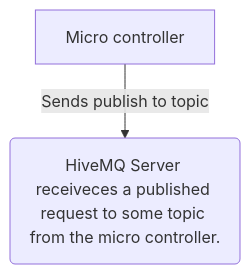
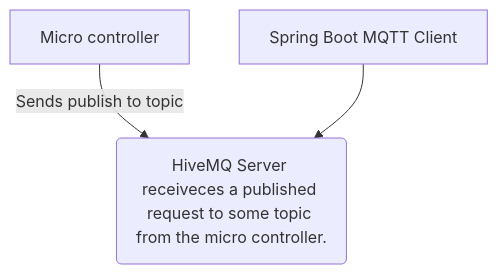
The second of 2 diagrams in README.md (jonss0777/DIY_Sensor), drawn with Mermaid before and after one commit. The commit also changed other lines of this file, not shown here.

Commit message:
Add Spring Boot client to architecture diagrams

````diff
--- a/README.md
+++ b/README.md
@@ -21,4 +21,5 @@
 ```mermaid
    flowchart TD
     A[Micro controller] -->|Sends publish to topic| B(HiveMQ Server receiveces a published request to some topic from the micro controller.)
+    C[Spring Boot MQTT Client] -->B
 ```
````
